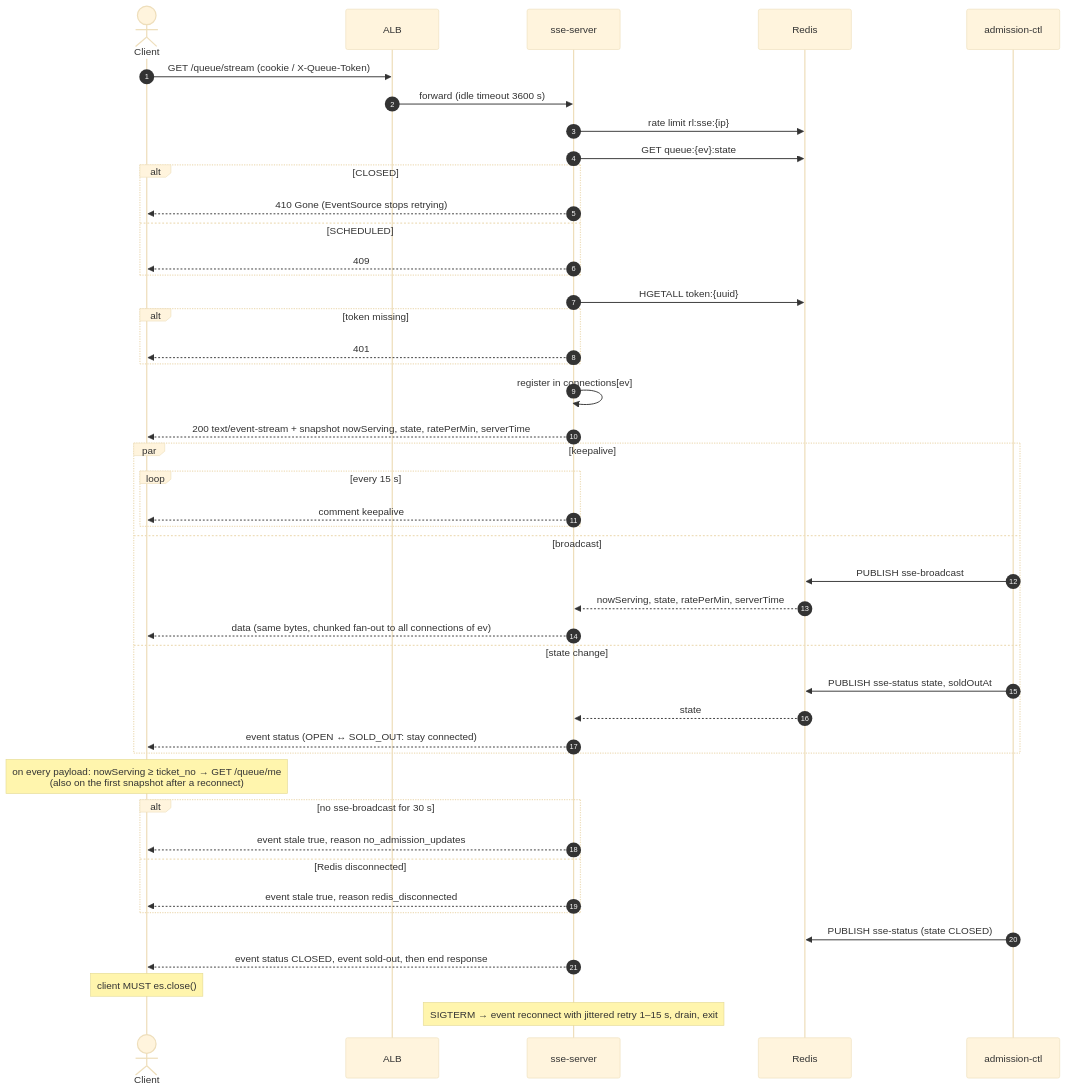
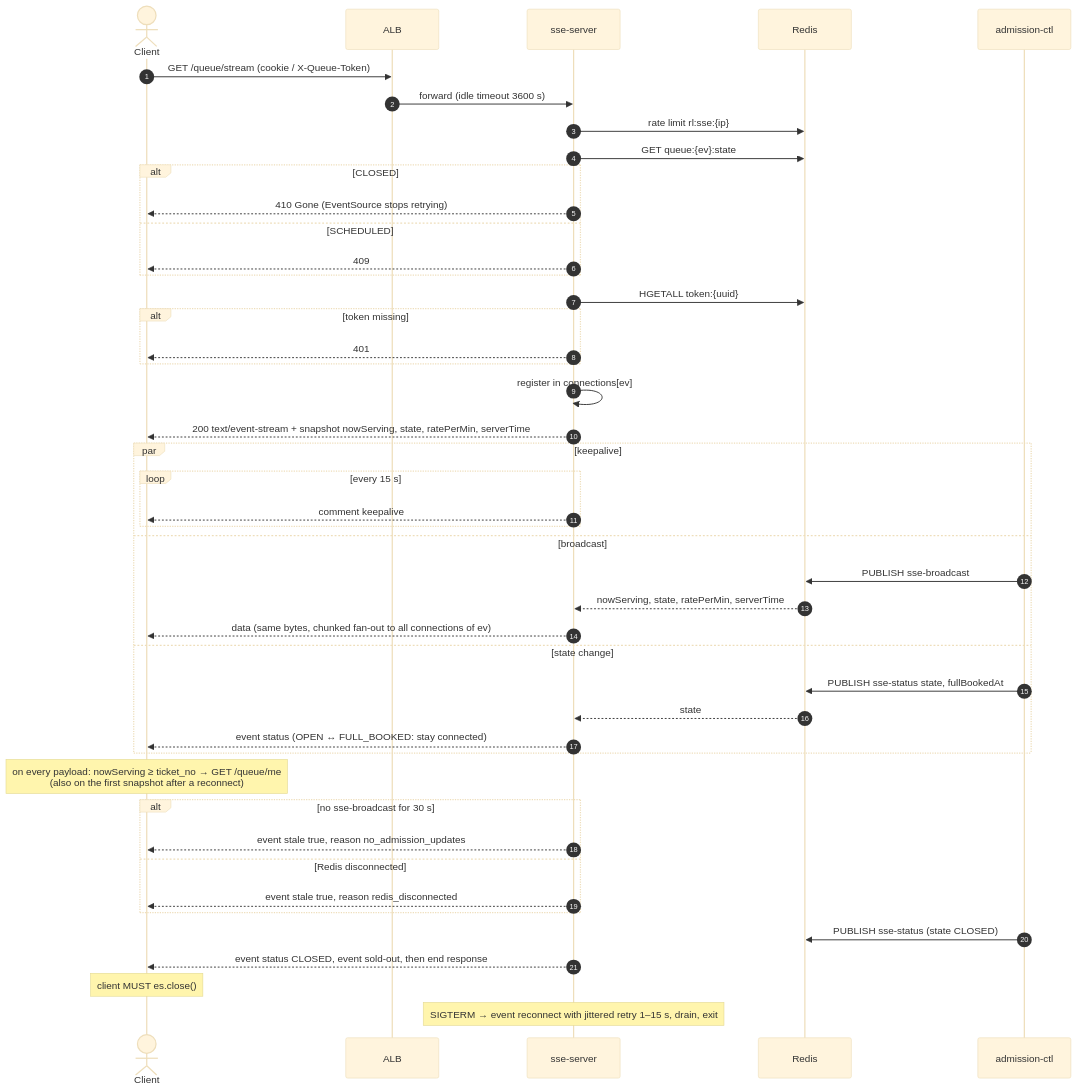
Before and after one commit to PTServerJanganTumbang-BookingTicket/be-rusuh-war-ticketing: the diagram in docs/04-queue/02-queue-status-stream.md, drawn with Mermaid (base theme). The commit also changed other lines of this file and 23 other files, not shown here.

First line of the commit message:
refactor(queue): rename sale state SOLD_OUT to FULL_BOOKED

````diff
--- a/docs/04-queue/02-queue-status-stream.md
+++ b/docs/04-queue/02-queue-status-stream.md
@@ -32,53 +32,53 @@
 ```mermaid
 sequenceDiagram
     autonumber
     actor C as Client
     participant ALB
     participant S as sse-server
     participant R as Redis
     participant CTL as admission-ctl
 
     C->>ALB: GET /queue/stream (cookie / X-Queue-Token)
     ALB->>S: forward (idle timeout 3600 s)
     S->>R: rate limit rl:sse:{ip}
     S->>R: GET queue:{ev}:state
     alt CLOSED
         S-->>C: 410 Gone (EventSource stops retrying)
     else SCHEDULED
         S-->>C: 409
     end
     S->>R: HGETALL token:{uuid}
     alt token missing
         S-->>C: 401
     end
     S->>S: register in connections[ev]
     S-->>C: 200 text/event-stream + snapshot nowServing, state, ratePerMin, serverTime
 
     par keepalive
         loop every 15 s
             S-->>C: comment keepalive
         end
     and broadcast
         CTL->>R: PUBLISH sse-broadcast
         R-->>S: nowServing, state, ratePerMin, serverTime
         S-->>C: data (same bytes, chunked fan-out to all connections of ev)
     and state change
-        CTL->>R: PUBLISH sse-status state, soldOutAt
+        CTL->>R: PUBLISH sse-status state, fullBookedAt
         R-->>S: state
-        S-->>C: event status (OPEN ↔ SOLD_OUT: stay connected)
+        S-->>C: event status (OPEN ↔ FULL_BOOKED: stay connected)
     end
 
     Note over C: on every payload: nowServing ≥ ticket_no → GET /queue/me<br/>(also on the first snapshot after a reconnect)
 
     alt no sse-broadcast for 30 s
         S-->>C: event stale true, reason no_admission_updates
     else Redis disconnected
         S-->>C: event stale true, reason redis_disconnected
     end
 
     CTL->>R: PUBLISH sse-status (state CLOSED)
     S-->>C: event status CLOSED, event sold-out, then end response
     Note over C: client MUST es.close()
 
     Note over S: SIGTERM → event reconnect with jittered retry 1–15 s, drain, exit
 ```
````
